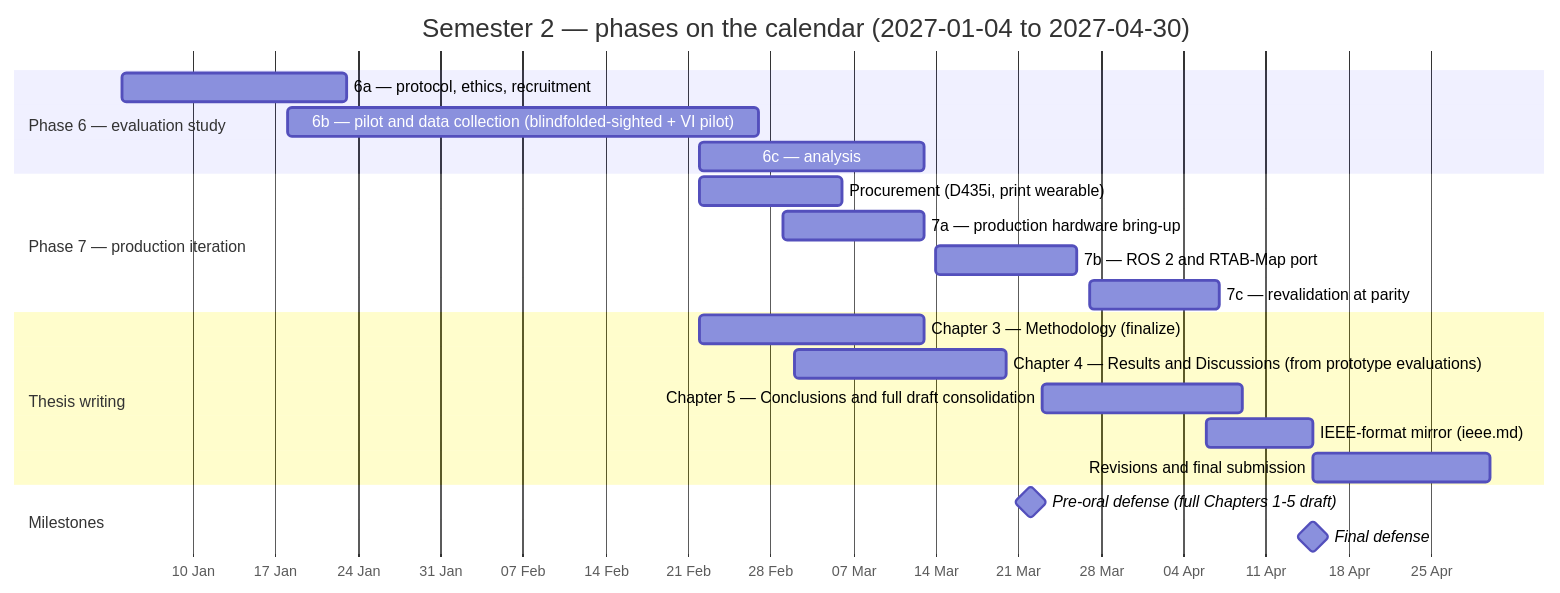
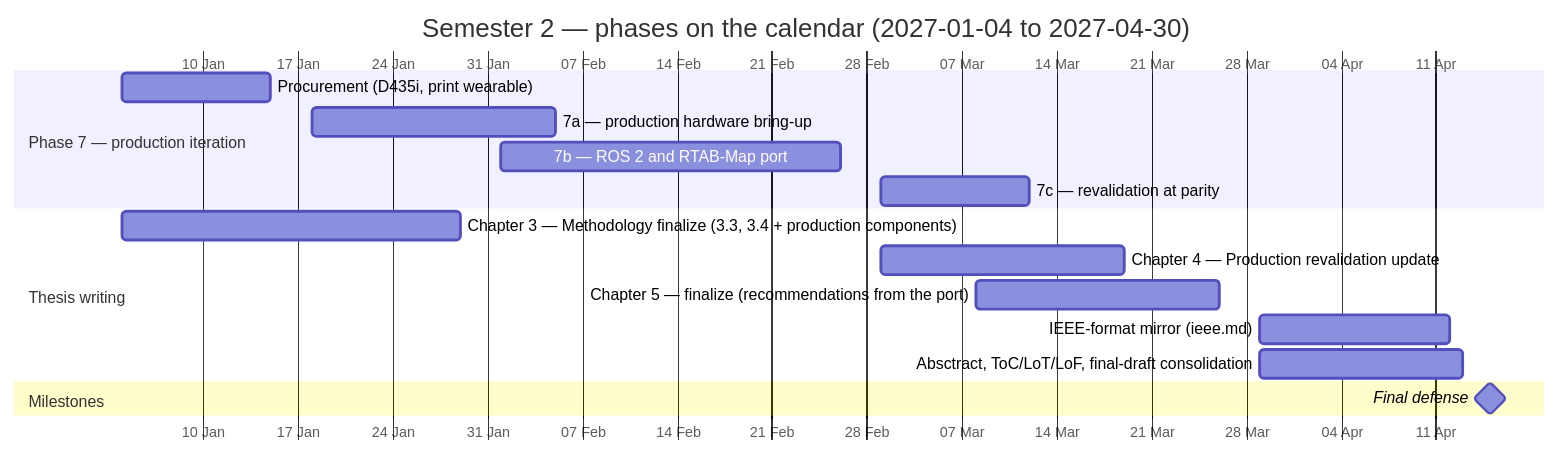
The third of 3 diagrams in docs/gantt.md (pewpil/auris), drawn with Mermaid before and after one commit. The commit also changed other lines of this file and 1 other file, not shown here.

````diff
--- a/docs/gantt.md
+++ b/docs/gantt.md
@@ -72,29 +108,28 @@
 ```mermaid
+---
+config:
+  gantt:
+    topAxis: true
+    todayMarker: "stroke-width:2px,stroke:#c62828"
+---
 gantt
     title Semester 2 — phases on the calendar (2027-01-04 to 2027-04-30)
     dateFormat YYYY-MM-DD
     axisFormat %d %b
-    todayMarker off
-
-    section Phase 6 — evaluation study
-    6a — protocol, ethics, recruitment :p6a, 2027-01-04, 2027-01-23
-    6b — pilot and data collection (blindfolded-sighted + VI pilot) :p6b, 2027-01-18, 2027-02-27
-    6c — analysis :p6c, 2027-02-22, 2027-03-13
 
     section Phase 7 — production iteration
-    Procurement (D435i, print wearable) :p7proc, 2027-02-22, 2027-03-06
-    7a — production hardware bring-up :p7a, 2027-03-01, 2027-03-13
-    7b — ROS 2 and RTAB-Map port :p7b, 2027-03-14, 2027-03-26
-    7c — revalidation at parity :p7c, 2027-03-27, 2027-04-07
+    Procurement (D435i, print wearable) :p7proc, 2027-01-04, 2027-01-15
+    7a — production hardware bring-up :p7a, 2027-01-18, 2027-02-05
+    7b — ROS 2 and RTAB-Map port :p7b, 2027-02-01, 2027-02-26
+    7c — revalidation at parity :p7c, 2027-03-01, 2027-03-12
 
     section Thesis writing
-    Chapter 3 — Methodology (finalize) :t4, 2027-02-22, 2027-03-13
-    Chapter 4 — Results and Discussions (from prototype evaluations) :t5, 2027-03-02, 2027-03-20
-    Chapter 5 — Conclusions and full draft consolidation :t6, 2027-03-23, 2027-04-09
-    IEEE-format mirror (ieee.md) :t7, 2027-04-06, 2027-04-15
-    Revisions and final submission :t8, 2027-04-15, 2027-04-30
+    Chapter 3 — Methodology finalize (3.3, 3.4 + production components) :t7, 2027-01-04, 2027-01-29
+    Chapter 4 — Production revalidation update :t8, 2027-03-01, 2027-03-19
+    Chapter 5 — finalize (recommendations from the port) :t9, 2027-03-08, 2027-03-26
+    IEEE-format mirror (ieee.md) :t10, 2027-03-29, 2027-04-12
+    Absctract, ToC/LoT/LoF, final-draft consolidation :t11, 2027-03-29, 2027-04-13
 
     section Milestones
-    Pre-oral defense (full Chapters 1-5 draft) :milestone, m1, 2027-03-22, 0d
     Final defense :milestone, m2, 2027-04-15, 0d
 ```
````
